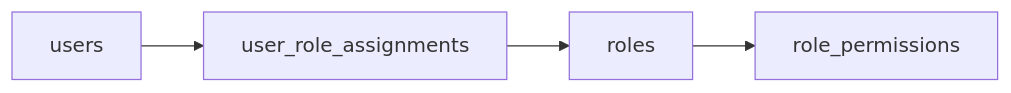
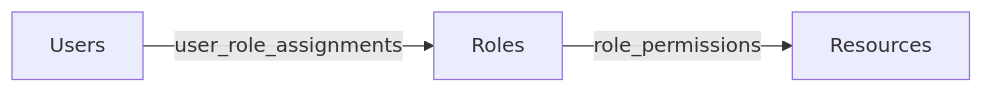
The diagram in docs/docs/self-hosting/security/role-based-access-control.mdx (mlflow/mlflow), drawn with Mermaid before and after one commit. The commit also changed other lines of this file, not shown here.

````diff
--- a/docs/docs/self-hosting/security/role-based-access-control.mdx
+++ b/docs/docs/self-hosting/security/role-based-access-control.mdx
@@ -33,6 +45,9 @@
 ```mermaid
 flowchart LR
-    Users[users] --> URA[user_role_assignments]
-    URA --> Roles[roles]
-    Roles --> RP[role_permissions]
+    Users[Users]
+    Roles[Roles]
+    Resources[Resources]
+
+    Users -- user_role_assignments --> Roles
+    Roles -- role_permissions --> Resources
 ```
````
